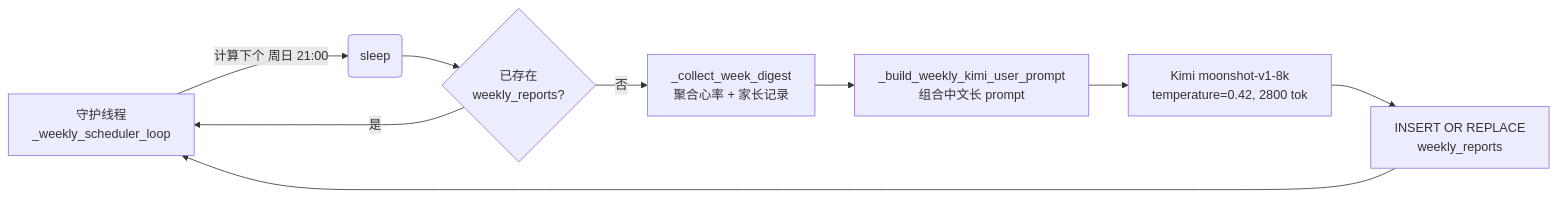
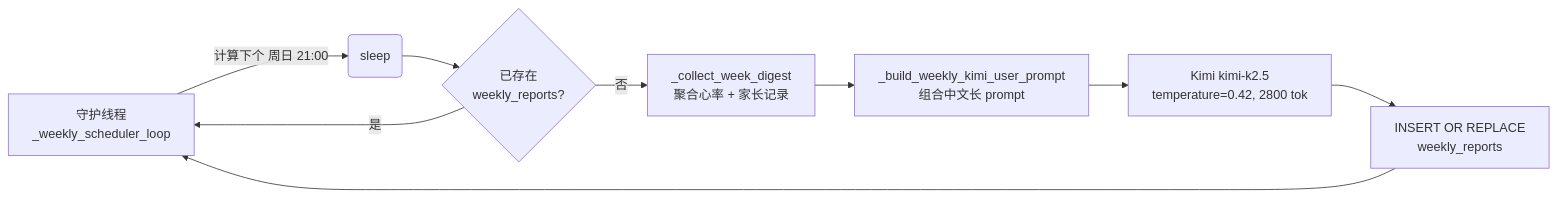
One commit to ch308/ADHD_Monitor changed the sixth of 14 diagrams in README.md. Above: the diagram before and after it, drawn with Mermaid. The commit also changed other lines of this file and 3 other files, not shown here.

````diff
--- a/README.md
+++ b/README.md
@@ -232,11 +232,11 @@
 ```mermaid
 flowchart LR
     A[守护线程<br/>_weekly_scheduler_loop] -->|计算下个 周日 21:00| B(sleep)
     B --> C{已存在<br/>weekly_reports?}
     C -->|是| A
     C -->|否| D[_collect_week_digest<br/>聚合心率 + 家长记录]
     D --> E[_build_weekly_kimi_user_prompt<br/>组合中文长 prompt]
-    E --> F[Kimi moonshot-v1-8k<br/>temperature=0.42, 2800 tok]
+    E --> F[Kimi kimi-k2.5<br/>temperature=0.42, 2800 tok]
     F --> G[INSERT OR REPLACE<br/>weekly_reports]
     G --> A
 ```
````
